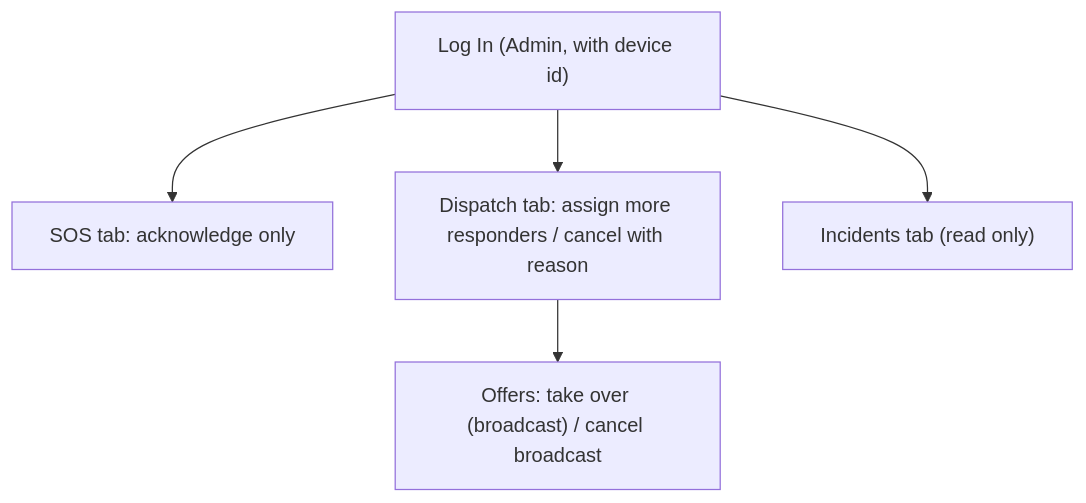
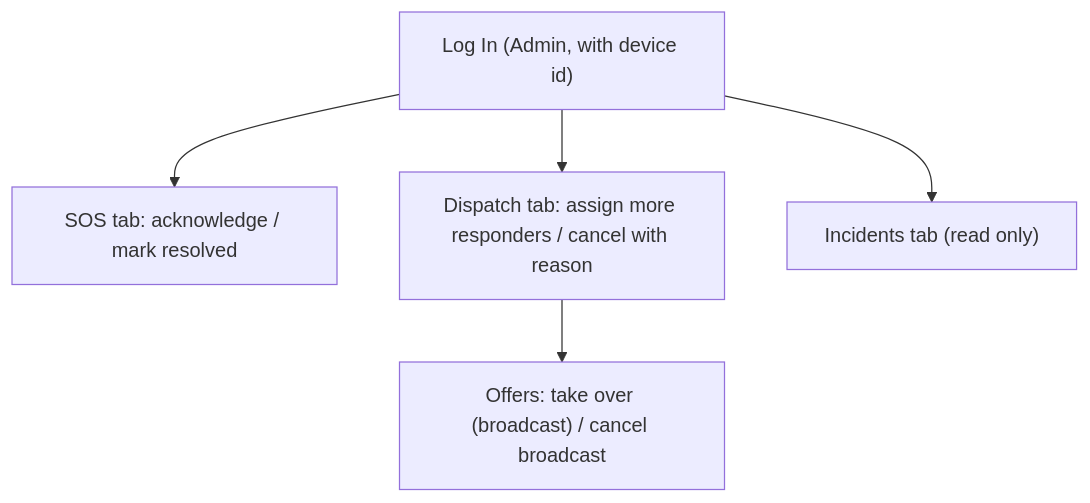
One commit to jpbuenosaires/Baranguard changed the fifth of 13 diagrams in docs/WORKFLOWS_AND_RULES.md. Above: the diagram before and after it, drawn with Mermaid. The commit also changed other lines of this file and 3 other files, not shown here.

````diff
--- a/docs/WORKFLOWS_AND_RULES.md
+++ b/docs/WORKFLOWS_AND_RULES.md
@@ -224,7 +222,7 @@
 ```mermaid
 flowchart TD
-    Login["Log In (Admin, with device id)"] --> SOS["SOS tab: acknowledge only"]
+    Login["Log In (Admin, with device id)"] --> SOS["SOS tab: acknowledge / mark resolved"]
     Login --> Disp["Dispatch tab: assign more responders / cancel with reason"]
     Disp --> Offers["Offers: take over (broadcast) / cancel broadcast"]
     Login --> Inc["Incidents tab (read only)"]
 ```
````
